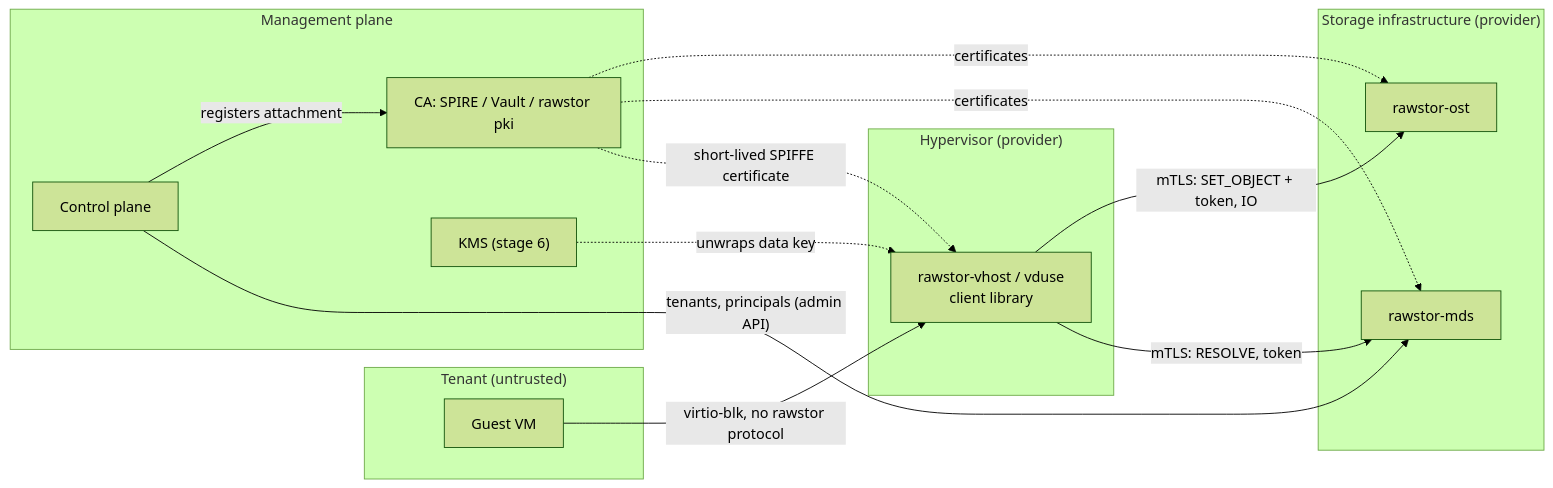
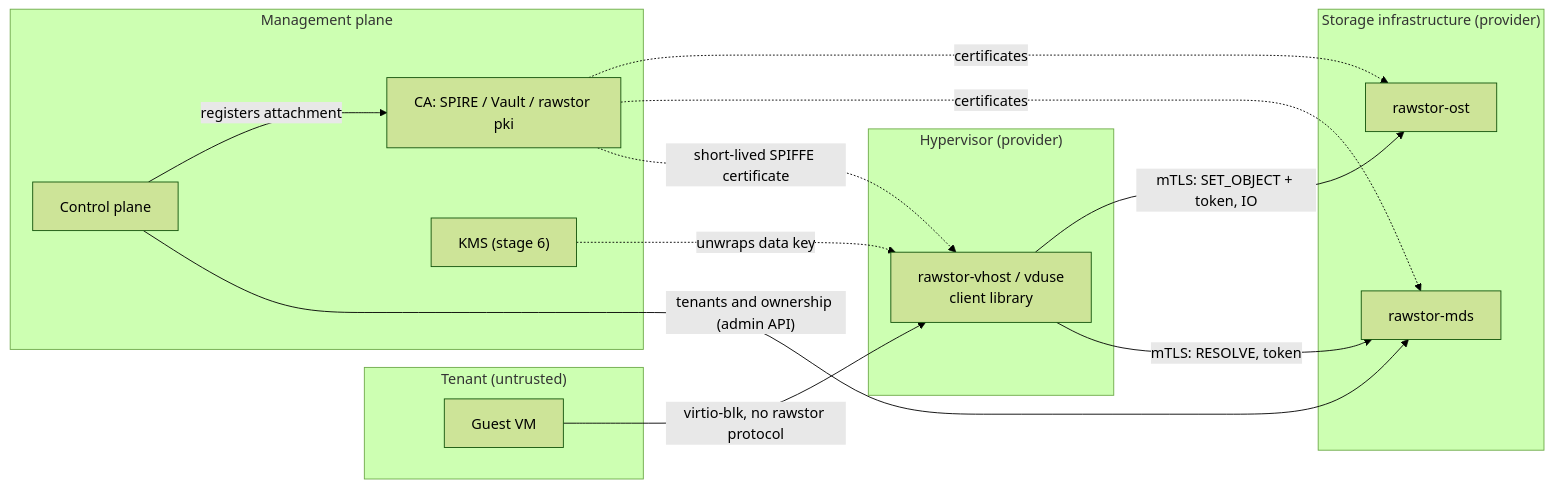
Before and after one commit to rawstor/librawstor: the first of 3 diagrams in docs/security.md, drawn with Mermaid (forest theme). The commit also changed other lines of this file and 48 other files, not shown here.

````diff
--- a/docs/security.md
+++ b/docs/security.md
@@ -79,28 +79,28 @@
 ```mermaid
 flowchart LR
     subgraph tenant["Tenant (untrusted)"]
         guest["Guest VM"]
     end
     subgraph hv["Hypervisor (provider)"]
         vhost["rawstor-vhost / vduse<br/>client library"]
     end
     subgraph infra["Storage infrastructure (provider)"]
         mds["rawstor-mds"]
         ost["rawstor-ost"]
     end
     subgraph mgmt["Management plane"]
         cp["Control plane"]
         ca["CA: SPIRE / Vault / rawstor pki"]
         kms["KMS (stage 6)"]
     end
 
     guest -- "virtio-blk, no rawstor protocol" --> vhost
     vhost -- "mTLS: RESOLVE, token" --> mds
     vhost -- "mTLS: SET_OBJECT + token, IO" --> ost
-    cp -- "tenants, principals (admin API)" --> mds
+    cp -- "tenants and ownership (admin API)" --> mds
     cp -- "registers attachment" --> ca
     ca -. "short-lived SPIFFE certificate" .-> vhost
     ca -. "certificates" .-> mds
     ca -. "certificates" .-> ost
     kms -. "unwraps data key" .-> vhost
 ```
````
